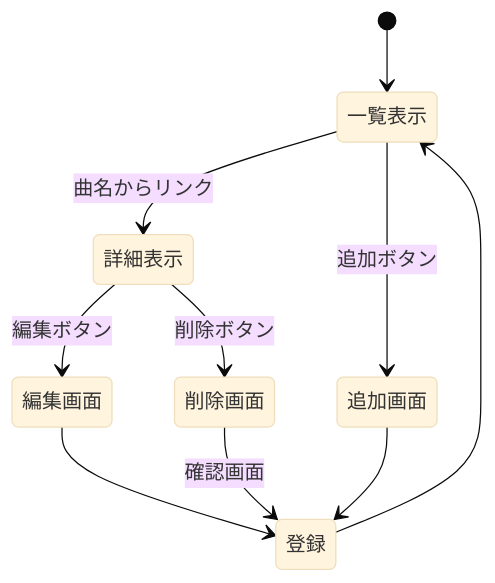
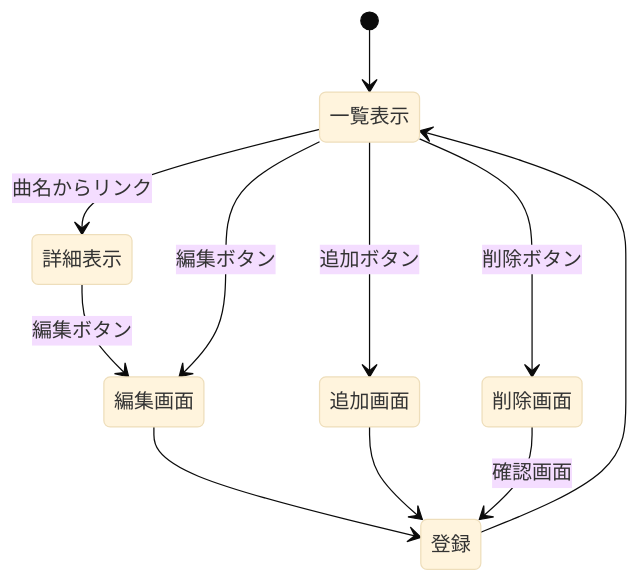
The diagram in spec.md (Astral0407/webpro_06), drawn with Mermaid (base theme) before and after one commit. The commit also changed 7 other files, not shown here.

````diff
--- a/spec.md
+++ b/spec.md
@@ -25,12 +25,13 @@
 ```mermaid
 stateDiagram-v2
     [*] --> 一覧表示
     一覧表示 --> 詳細表示: 曲名からリンク
     詳細表示 --> 編集画面: 編集ボタン
     編集画面 --> 登録
     登録 --> 一覧表示
     一覧表示 --> 追加画面: 追加ボタン
     追加画面 --> 登録
-    詳細表示 --> 削除画面: 削除ボタン
+    一覧表示　-->編集画面: 編集ボタン
+    一覧表示 --> 削除画面: 削除ボタン
     削除画面 --> 登録:確認画面
 ```
````
